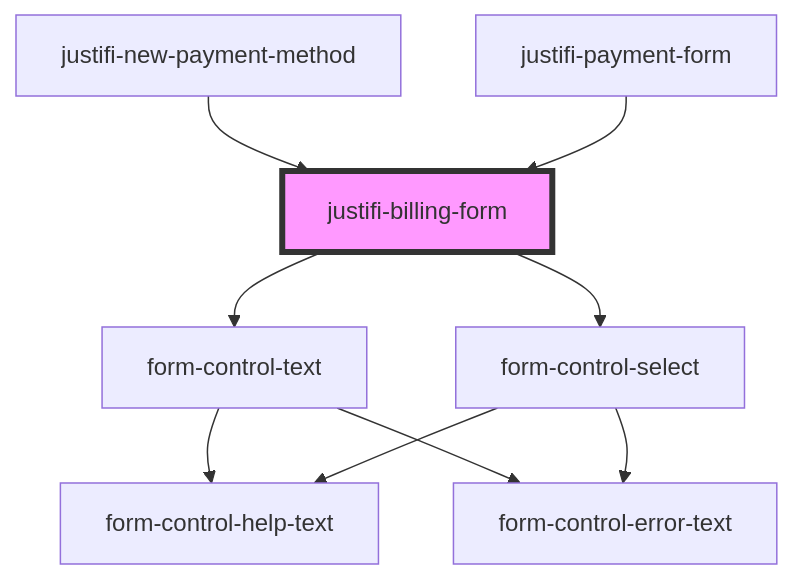
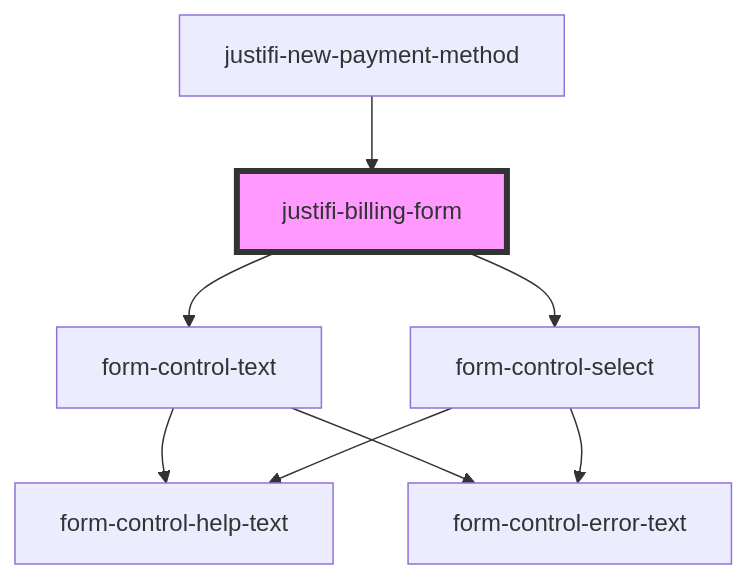
One commit to justifi-tech/web-component-library changed the diagram in packages/webcomponents/src/components/billing-form/readme.md. Above: the diagram before and after it, drawn with Mermaid. The commit also changed other lines of this file and 12 other files, not shown here.

Commit message:
Delete Payment Form

````diff
--- a/packages/webcomponents/src/components/billing-form/readme.md
+++ b/packages/webcomponents/src/components/billing-form/readme.md
@@ -67,12 +66,11 @@
 ```mermaid
 graph TD;
   justifi-billing-form --> form-control-text
   justifi-billing-form --> form-control-select
   form-control-text --> form-control-help-text
   form-control-text --> form-control-error-text
   form-control-select --> form-control-help-text
   form-control-select --> form-control-error-text
   justifi-new-payment-method --> justifi-billing-form
-  justifi-payment-form --> justifi-billing-form
   style justifi-billing-form fill:#f9f,stroke:#333,stroke-width:4px
 ```
````
